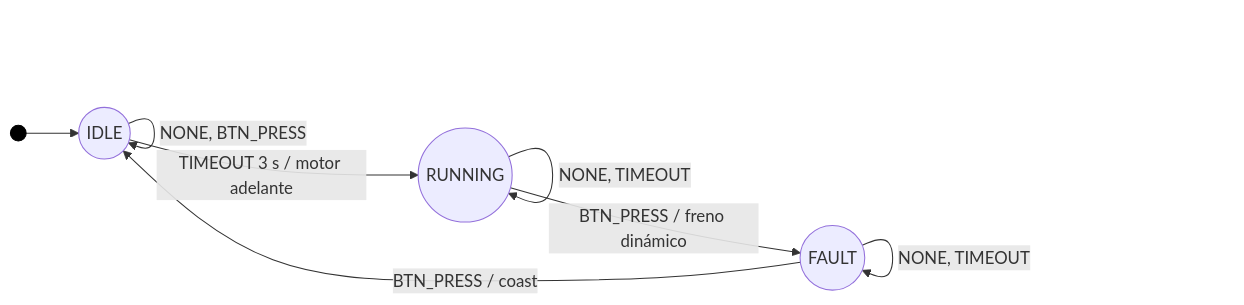
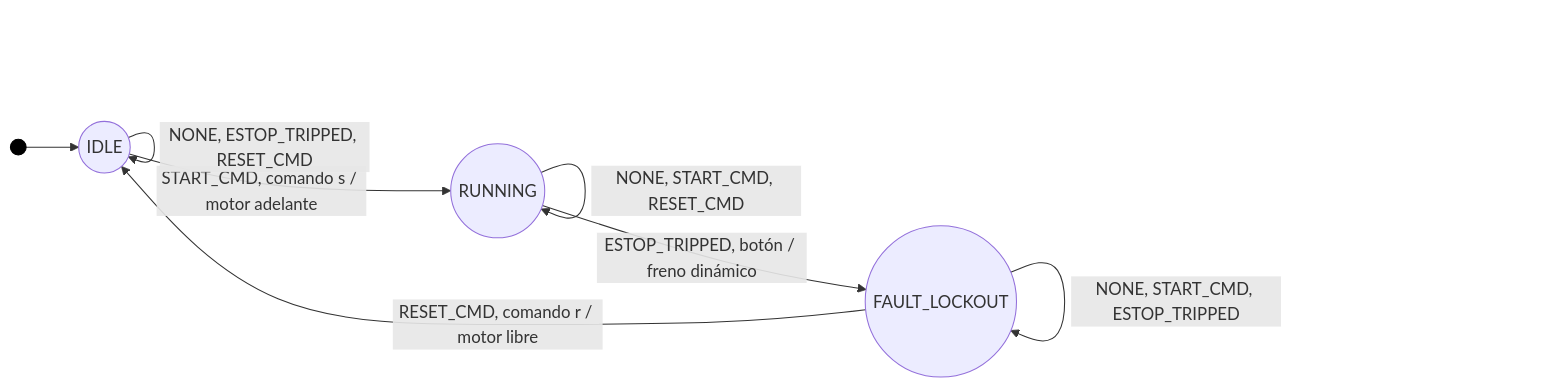
One commit to GabrielSM01/Proyecto1-Banda-Transportadora changed the diagram in README.md. Above: the diagram before and after it, drawn with Mermaid. The commit also changed other lines of this file and 12 other files, not shown here.

````diff
--- a/README.md
+++ b/README.md
@@ -26,13 +26,13 @@
 ```mermaid
 flowchart LR
     INI(( )) --> IDLE((IDLE))
-    IDLE -->|"TIMEOUT 3 s / motor adelante"| RUNNING((RUNNING))
-    RUNNING -->|"BTN_PRESS / freno dinámico"| FAULT((FAULT))
-    FAULT -->|"BTN_PRESS / coast"| IDLE
+    IDLE -->|"START_CMD, comando s / motor adelante"| RUNNING((RUNNING))
+    RUNNING -->|"ESTOP_TRIPPED, botón / freno dinámico"| FAULT((FAULT_LOCKOUT))
+    FAULT -->|"RESET_CMD, comando r / motor libre"| IDLE
 
-    IDLE -->|"NONE, BTN_PRESS"| IDLE
-    RUNNING -->|"NONE, TIMEOUT"| RUNNING
-    FAULT -->|"NONE, TIMEOUT"| FAULT
+    IDLE -->|"NONE, ESTOP_TRIPPED, RESET_CMD"| IDLE
+    RUNNING -->|"NONE, START_CMD, RESET_CMD"| RUNNING
+    FAULT -->|"NONE, START_CMD, ESTOP_TRIPPED"| FAULT
 
     style INI fill:#000,stroke:#000
 ```
````
